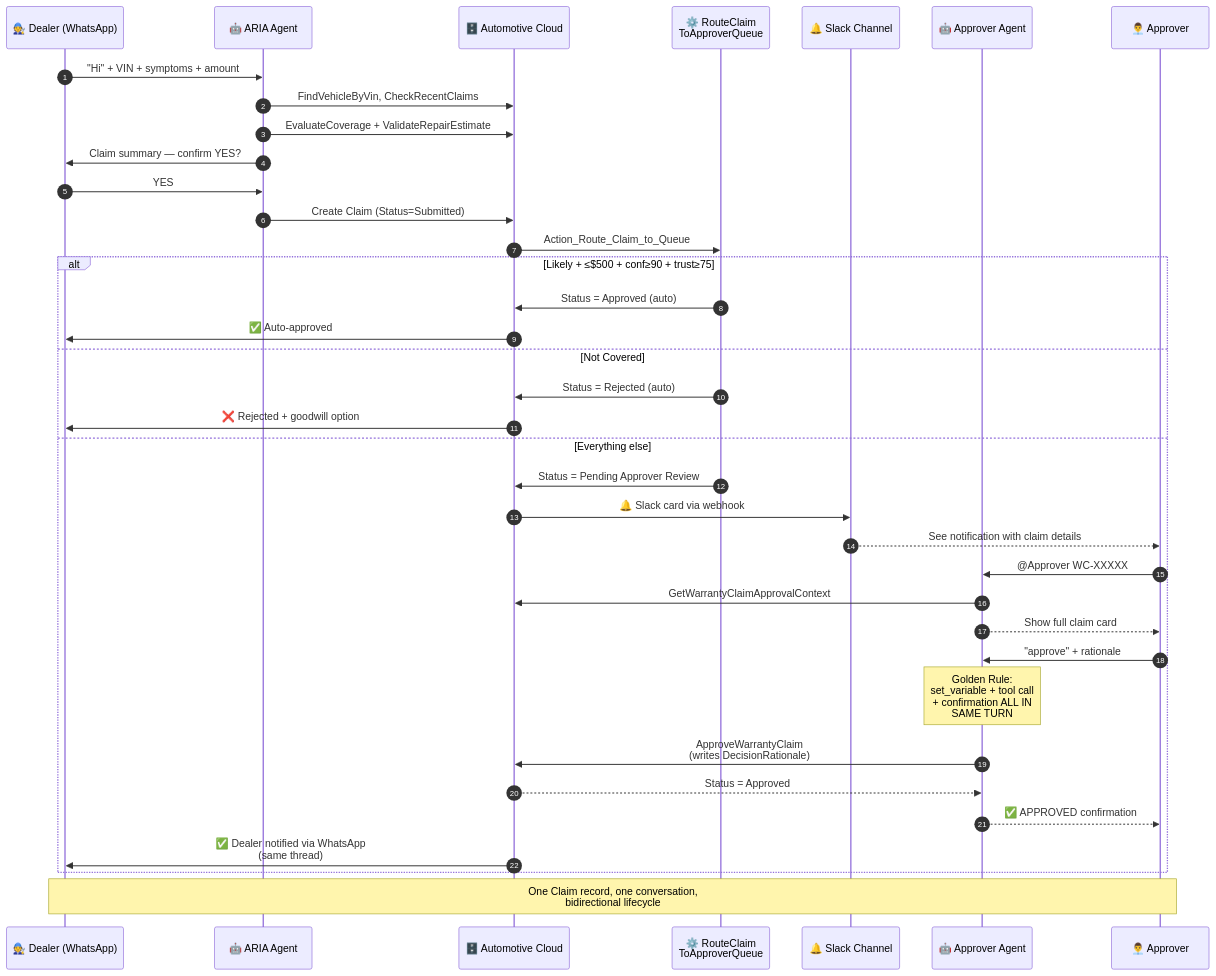
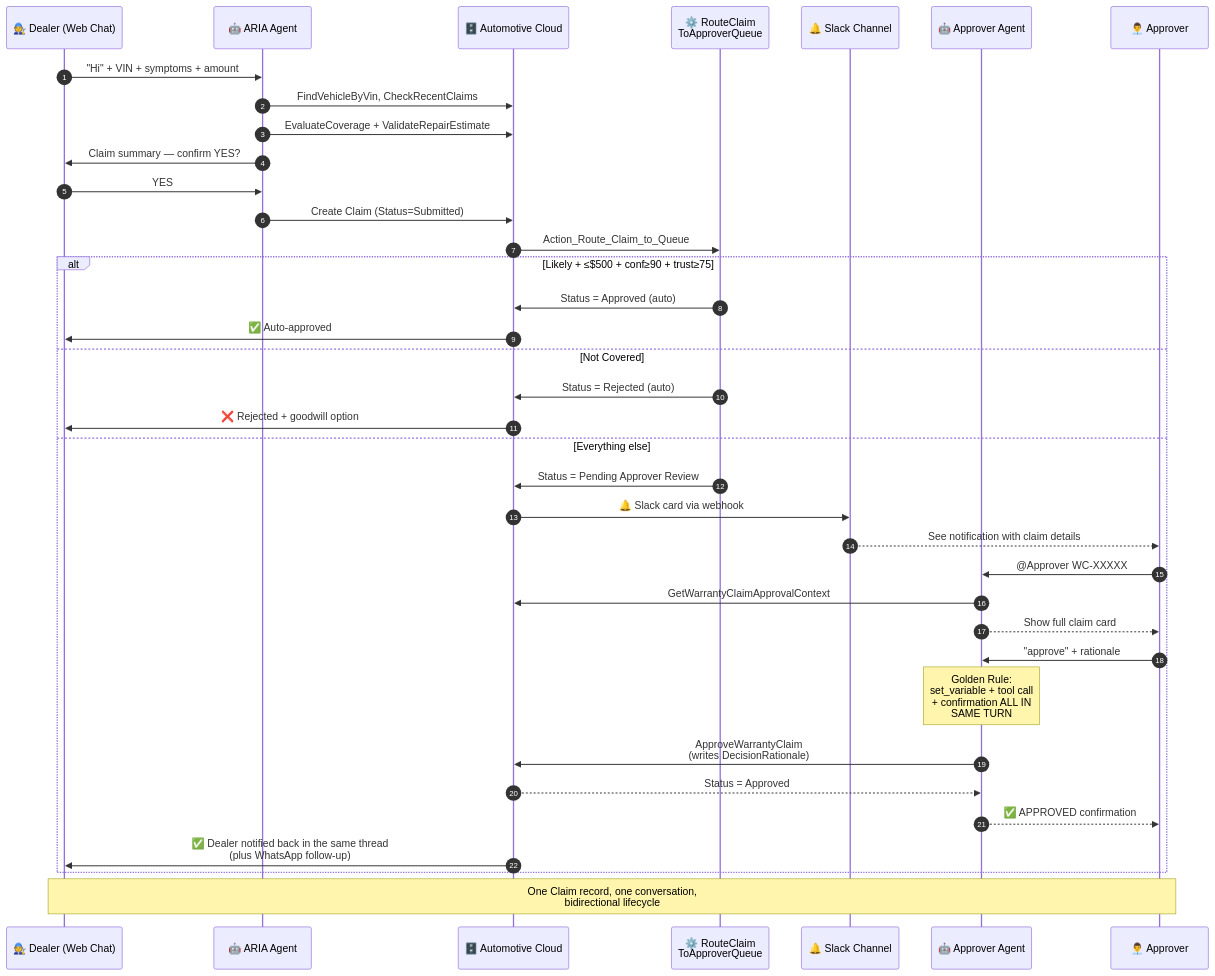
One commit to Vinayboyeni/electra-warranty-intelligence changed the second of 3 diagrams in ARCHITECTURE_DIAGRAMS.md. Above: the diagram before and after it, drawn with Mermaid. The commit also changed other lines of this file and 2 other files, not shown here.

````diff
--- a/ARCHITECTURE_DIAGRAMS.md
+++ b/ARCHITECTURE_DIAGRAMS.md
@@ -120,45 +122,45 @@
 ```mermaid
 sequenceDiagram
     autonumber
-    participant D as 🧑‍🔧 Dealer (WhatsApp)
+    participant D as 🧑‍🔧 Dealer (Web Chat)
     participant A as 🤖 ARIA Agent
     participant SF as 🗄️ Automotive Cloud
     participant Route as ⚙️ RouteClaim<br/>ToApproverQueue
     participant H as 🔔 Slack Channel
     participant Appr as 🤖 Approver Agent
     participant OEM as 👨‍💼 Approver
 
     D->>A: "Hi" + VIN + symptoms + amount
     A->>SF: FindVehicleByVin, CheckRecentClaims
     A->>SF: EvaluateCoverage + ValidateRepairEstimate
     A->>D: Claim summary — confirm YES?
     D->>A: YES
 
     A->>SF: Create Claim (Status=Submitted)
     SF->>Route: Action_Route_Claim_to_Queue
 
     alt Likely + ≤$500 + conf≥90 + trust≥75
         Route->>SF: Status = Approved (auto)
         SF->>D: ✅ Auto-approved
     else Not Covered
         Route->>SF: Status = Rejected (auto)
         SF->>D: ❌ Rejected + goodwill option
     else Everything else
         Route->>SF: Status = Pending Approver Review
         SF->>H: 🔔 Slack card via webhook
         H-->>OEM: See notification with claim details
 
         OEM->>Appr: @Approver WC-XXXXX
         Appr->>SF: GetWarrantyClaimApprovalContext
         Appr-->>OEM: Show full claim card
 
         OEM->>Appr: "approve" + rationale
         Note over Appr: Golden Rule:<br/>set_variable + tool call<br/>+ confirmation ALL IN<br/>SAME TURN
         Appr->>SF: ApproveWarrantyClaim<br/>(writes DecisionRationale)
         SF-->>Appr: Status = Approved
         Appr-->>OEM: ✅ APPROVED confirmation
-        SF->>D: ✅ Dealer notified via WhatsApp<br/>(same thread)
+        SF->>D: ✅ Dealer notified back in the same thread<br/>(plus WhatsApp follow-up)
     end
 
     Note over D,OEM: One Claim record, one conversation,<br/>bidirectional lifecycle
 ```
````
